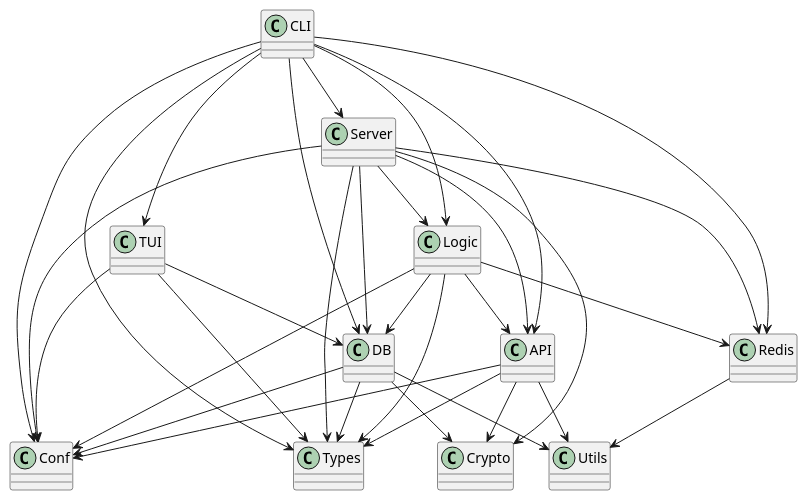
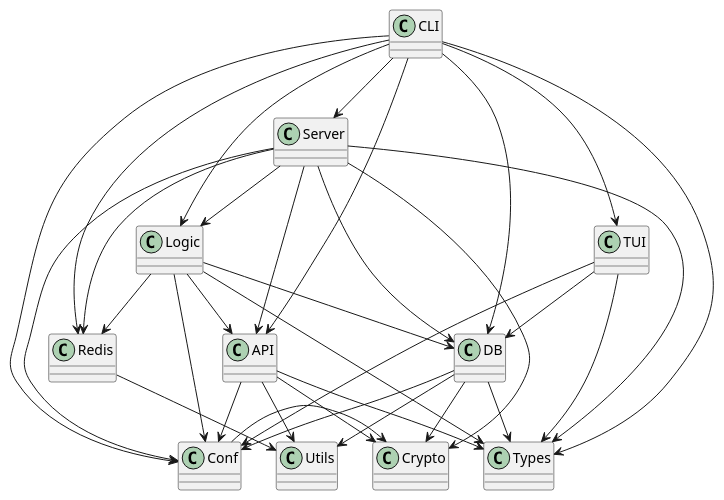
The diagram in docs/crates.plantuml (sharingcloud/github-scbot), drawn with PlantUML before and after one commit. The commit also changed 28 other files, not shown here.

```diff
--- a/docs/crates.plantuml
+++ b/docs/crates.plantuml
@@ -1,54 +1,56 @@
 @startuml Crates dependencies
 
 class API
 class CLI
 class Conf
 class Crypto
 class DB
 class Logic
 class Redis
 class Server
 class TUI
 class Types
 class Utils
 
 API --> Conf
 API --> Crypto
 API --> Types
 API --> Utils
+
+Conf -> Crypto
 
 CLI --> API
 CLI --> Conf
 CLI --> DB
 CLI --> Logic
 CLI --> Server
 CLI --> TUI
 CLI --> Redis
 CLI --> Types
 
 DB --> Conf
 DB --> Crypto
 DB --> Types
 DB --> Utils
 
 Logic --> API
 Logic --> Conf
 Logic --> DB
 Logic --> Types
 Logic --> Redis
 
 Redis --> Utils
 
 Server --> API
 Server --> Conf
 Server --> Crypto
 Server --> DB
 Server --> Logic
 Server --> Redis
 Server --> Types
 
 TUI --> Conf
 TUI --> Types
 TUI --> DB
 
 @enduml
```
